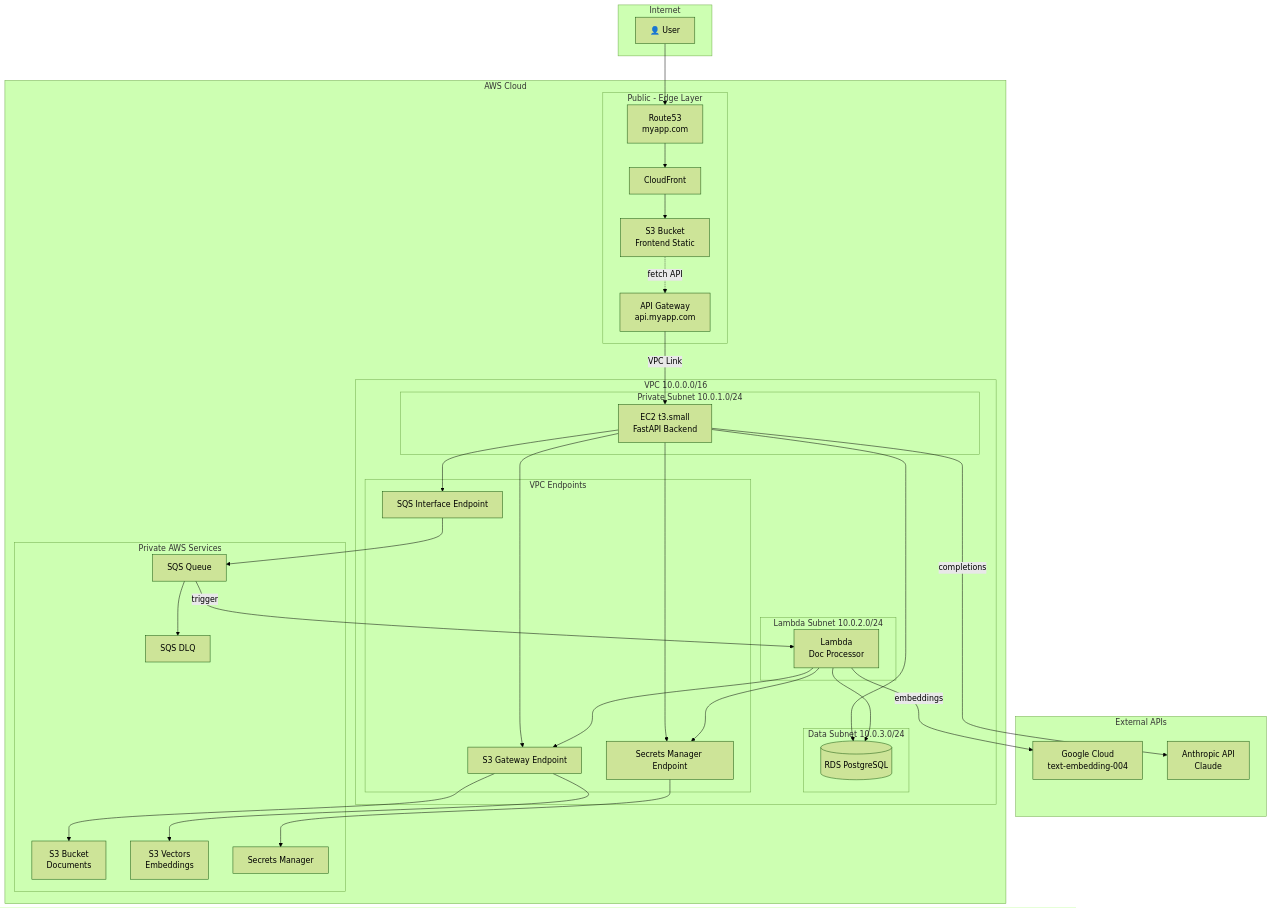
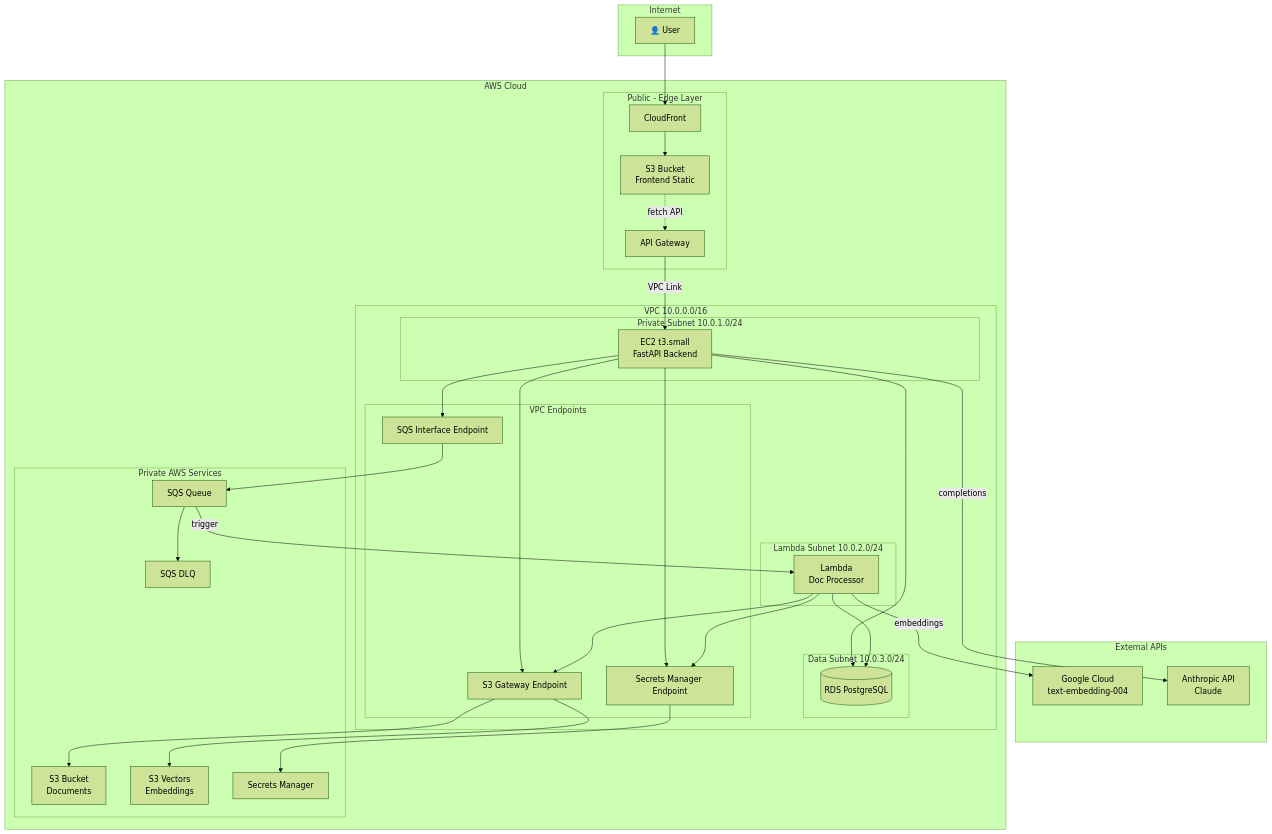
One commit to h19overflow/Student_Helper changed the diagram in documentation/infra/cloud-architecture.md. Above: the diagram before and after it, drawn with Mermaid (forest theme). The commit also changed other lines of this file and 45 other files, not shown here.

```diff
--- a/documentation/infra/cloud-architecture.md
+++ b/documentation/infra/cloud-architecture.md
@@ -22,10 +22,9 @@
     subgraph AWS[AWS Cloud]
 
         subgraph Edge[Public - Edge Layer]
-            R53[Route53<br/>myapp.com]
             CF[CloudFront]
             S3_FE[S3 Bucket<br/>Frontend Static]
-            APIGW[API Gateway<br/>api.myapp.com]
+            APIGW[API Gateway]
         end
 
         subgraph VPC[VPC 10.0.0.0/16]
@@ -61,8 +60,7 @@
     end
 
     %% User flows
-    User --> R53
-    R53 --> CF
+    User --> CF
     CF --> S3_FE
     S3_FE -.->|fetch API| APIGW
 
```
